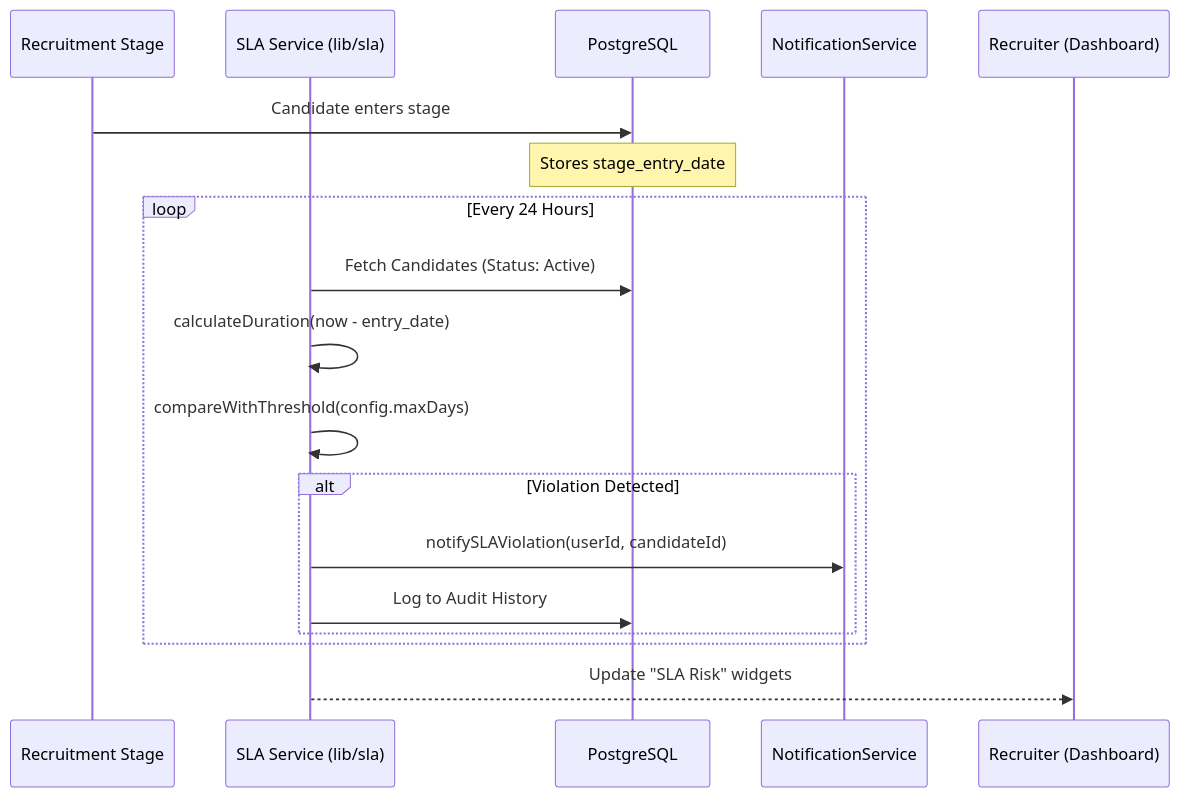
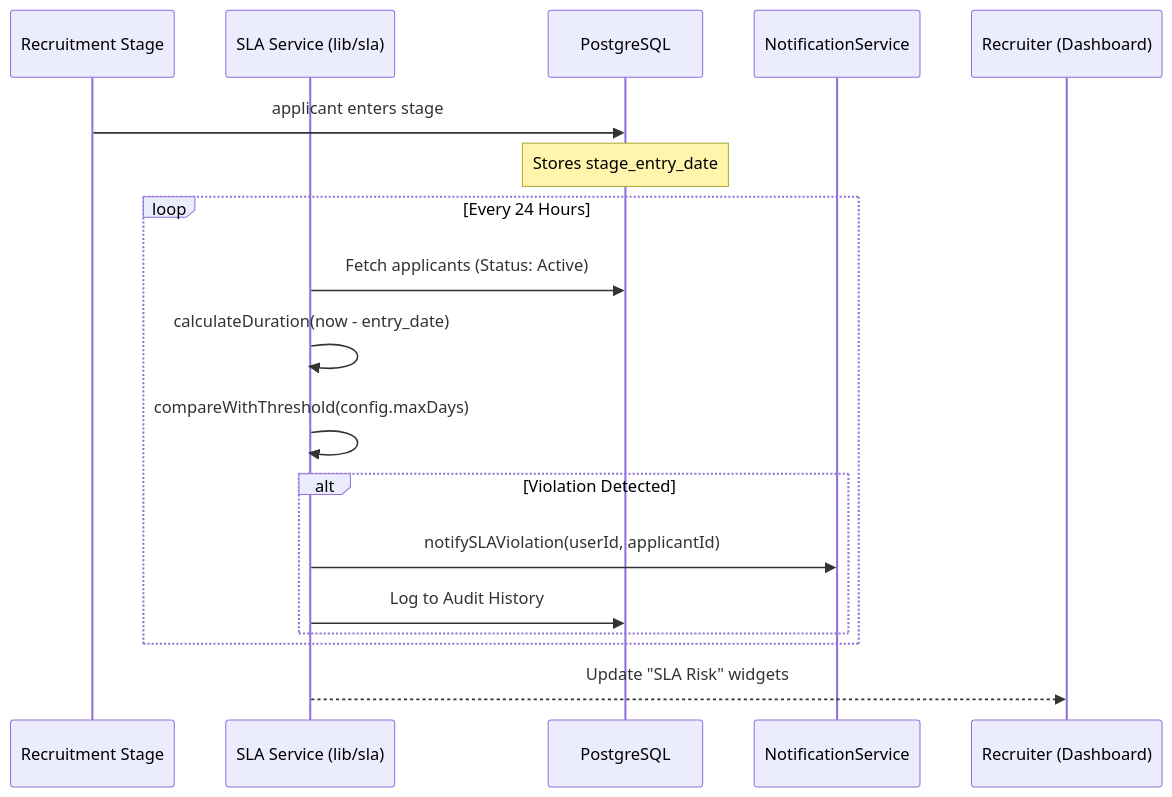
Before and after one commit to poojaroonwit/studio: the diagram in docs/workflows/SLA Flow.md, drawn with Mermaid. The commit also changed other lines of this file and 374 other files, not shown here.

Commit message:
Refactor: Rename candidate to applicant terminology and update related components

````diff
--- a/docs/workflows/SLA Flow.md
+++ b/docs/workflows/SLA Flow.md
@@ -13,24 +13,24 @@
 ```mermaid
 sequenceDiagram
     participant Job as Recruitment Stage
     participant SLA as SLA Service (lib/sla)
     participant DB as PostgreSQL
     participant NS as NotificationService
     participant Rec as Recruiter (Dashboard)
 
-    Job->>DB: Candidate enters stage
+    Job->>DB: applicant enters stage
     Note over DB: Stores stage_entry_date
     
     loop Every 24 Hours
-        SLA->>DB: Fetch Candidates (Status: Active)
+        SLA->>DB: Fetch applicants (Status: Active)
         SLA->>SLA: calculateDuration(now - entry_date)
         SLA->>SLA: compareWithThreshold(config.maxDays)
         
         alt Violation Detected
-            SLA->>NS: notifySLAViolation(userId, candidateId)
+            SLA->>NS: notifySLAViolation(userId, applicantId)
             SLA->>DB: Log to Audit History
         end
     end
 
     SLA-->>Rec: Update "SLA Risk" widgets
 ```
````
